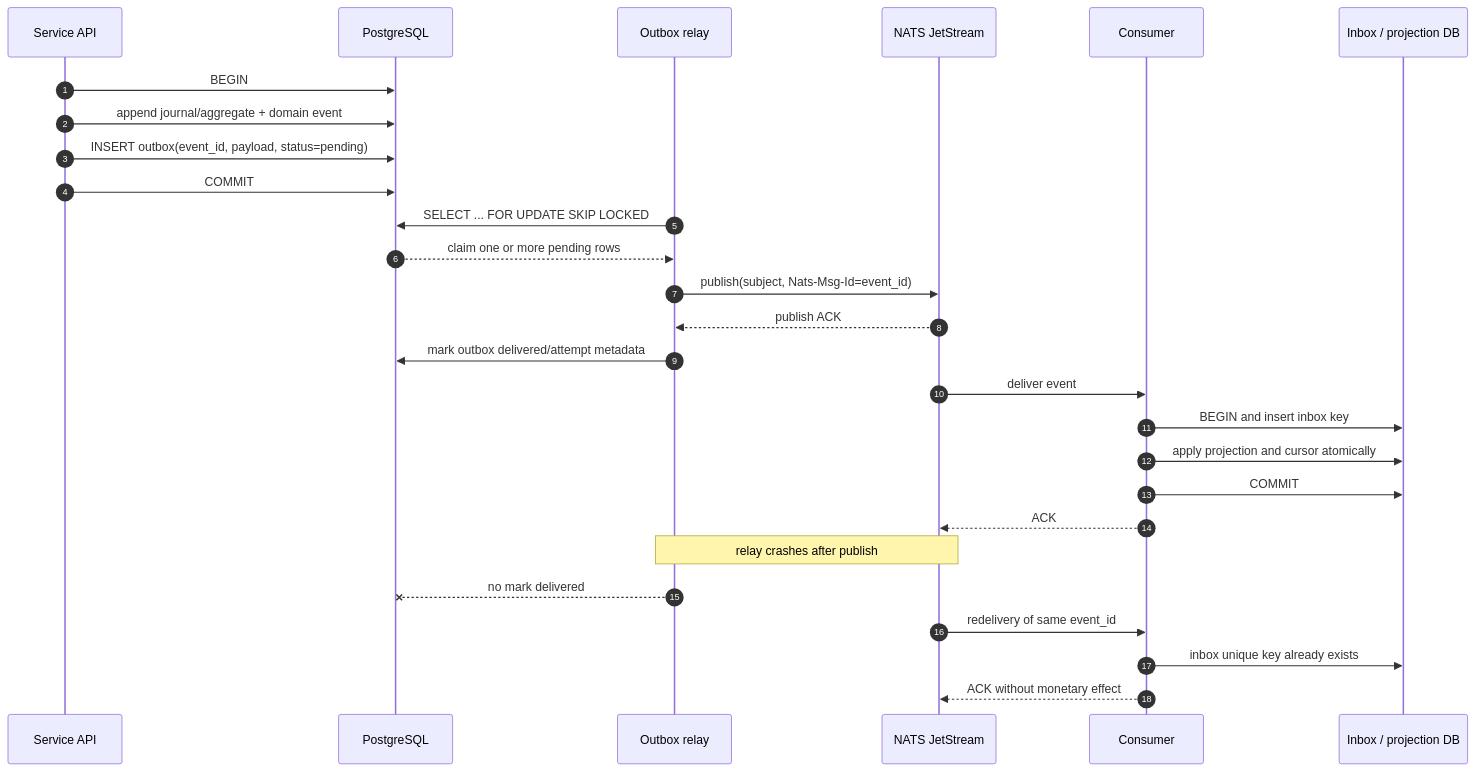
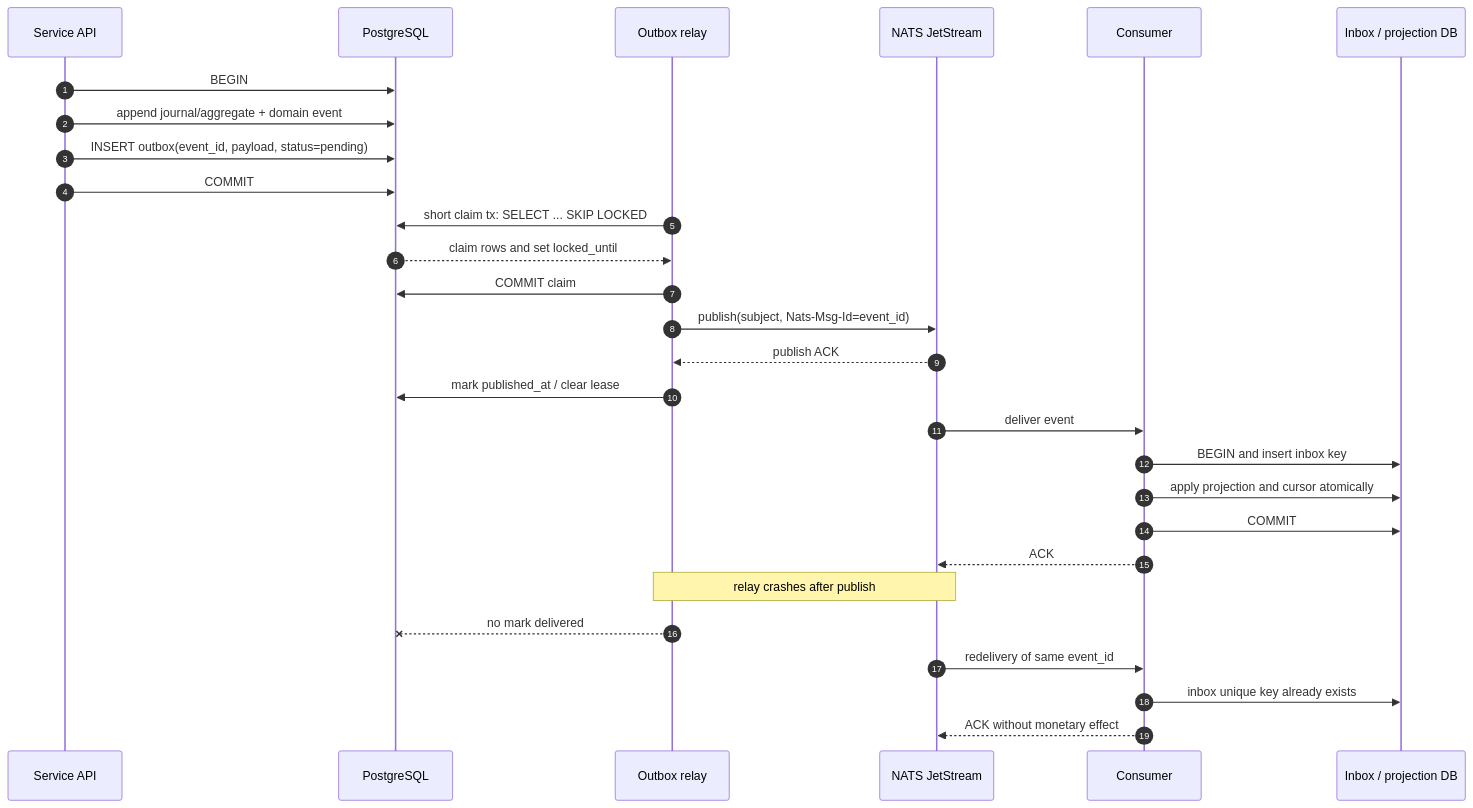
Before and after one commit to prajexec/Wallet: the first of 2 diagrams in docs/outbox-inbox.md, drawn with Mermaid. The commit also changed other lines of this file and 6 other files, not shown here.

````diff
--- a/docs/outbox-inbox.md
+++ b/docs/outbox-inbox.md
@@ -7,31 +7,32 @@
 ```mermaid
 sequenceDiagram
     autonumber
     participant API as Service API
     participant DB as PostgreSQL
     participant O as Outbox relay
     participant N as NATS JetStream
     participant C as Consumer
     participant I as Inbox / projection DB
 
     API->>DB: BEGIN
     API->>DB: append journal/aggregate + domain event
     API->>DB: INSERT outbox(event_id, payload, status=pending)
     API->>DB: COMMIT
-    O->>DB: SELECT ... FOR UPDATE SKIP LOCKED
-    DB-->>O: claim one or more pending rows
+    O->>DB: short claim tx: SELECT ... SKIP LOCKED
+    DB-->>O: claim rows and set locked_until
+    O->>DB: COMMIT claim
     O->>N: publish(subject, Nats-Msg-Id=event_id)
     N-->>O: publish ACK
-    O->>DB: mark outbox delivered/attempt metadata
+    O->>DB: mark published_at / clear lease
     N->>C: deliver event
     C->>I: BEGIN and insert inbox key
     C->>I: apply projection and cursor atomically
     C->>I: COMMIT
     C-->>N: ACK
 
     Note over O,N: relay crashes after publish
     O--xDB: no mark delivered
     N->>C: redelivery of same event_id
     C->>I: inbox unique key already exists
     C-->>N: ACK without monetary effect
 ```
````
